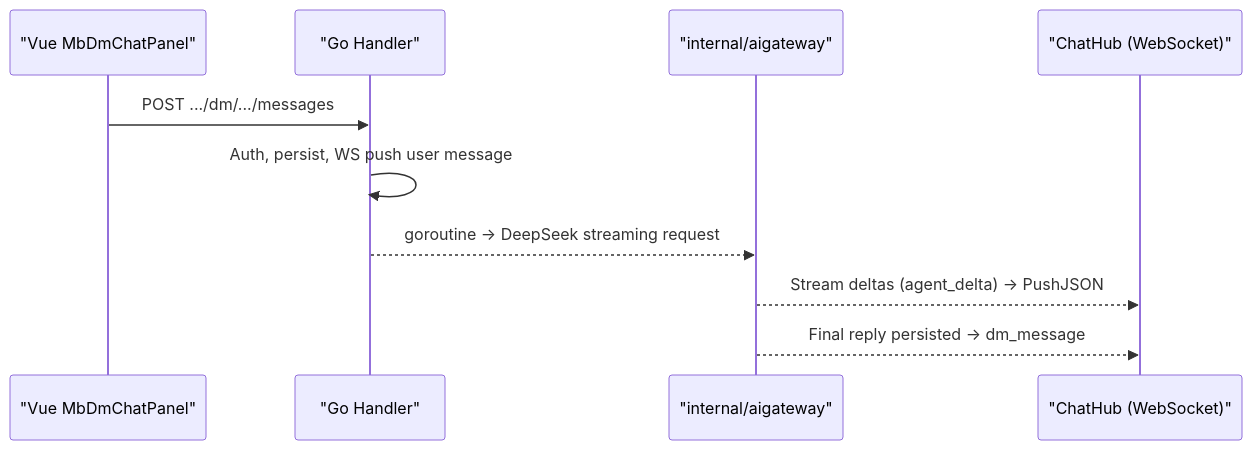
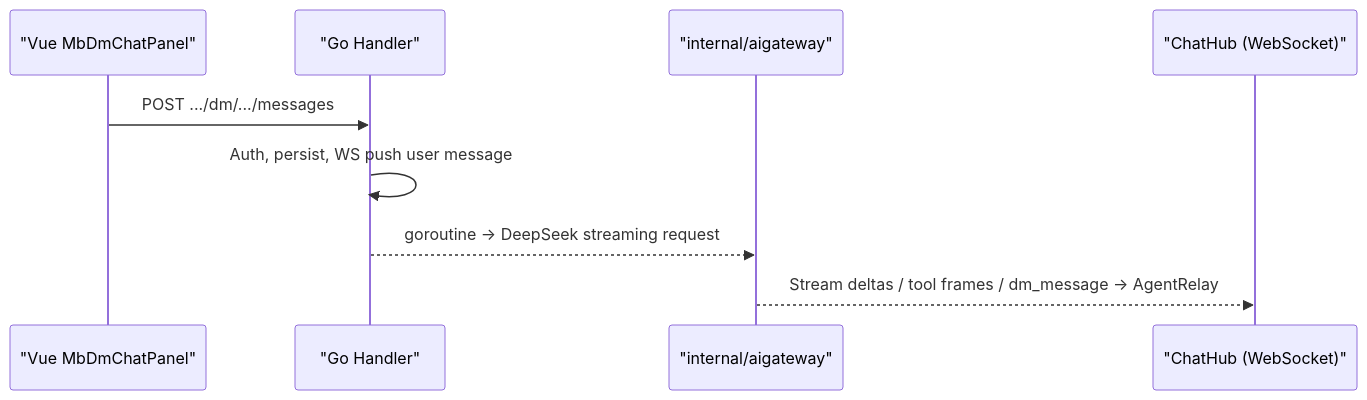
The first of 3 diagrams in docs/ai-gateway_EN.md (earthcake2233/cakecake), drawn with Mermaid before and after one commit. The commit also changed other lines of this file and 3 other files, not shown here.

````diff
--- a/docs/ai-gateway_EN.md
+++ b/docs/ai-gateway_EN.md
@@ -18,13 +18,12 @@
 ```mermaid
 sequenceDiagram
     participant V as "Vue MbDmChatPanel"
     participant Go as "Go Handler"
     participant AI as "internal/aigateway"
     participant WS as "ChatHub (WebSocket)"
 
     V->>Go: POST .../dm/.../messages
     Go->>Go: Auth, persist, WS push user message
     Go-->>AI: goroutine -> DeepSeek streaming request
-    AI-->>WS: Stream deltas (agent_delta) -> PushJSON
-    AI-->>WS: Final reply persisted -> dm_message
+    AI-->>WS: Stream deltas / tool frames / dm_message -> AgentRelay
 ```
````
